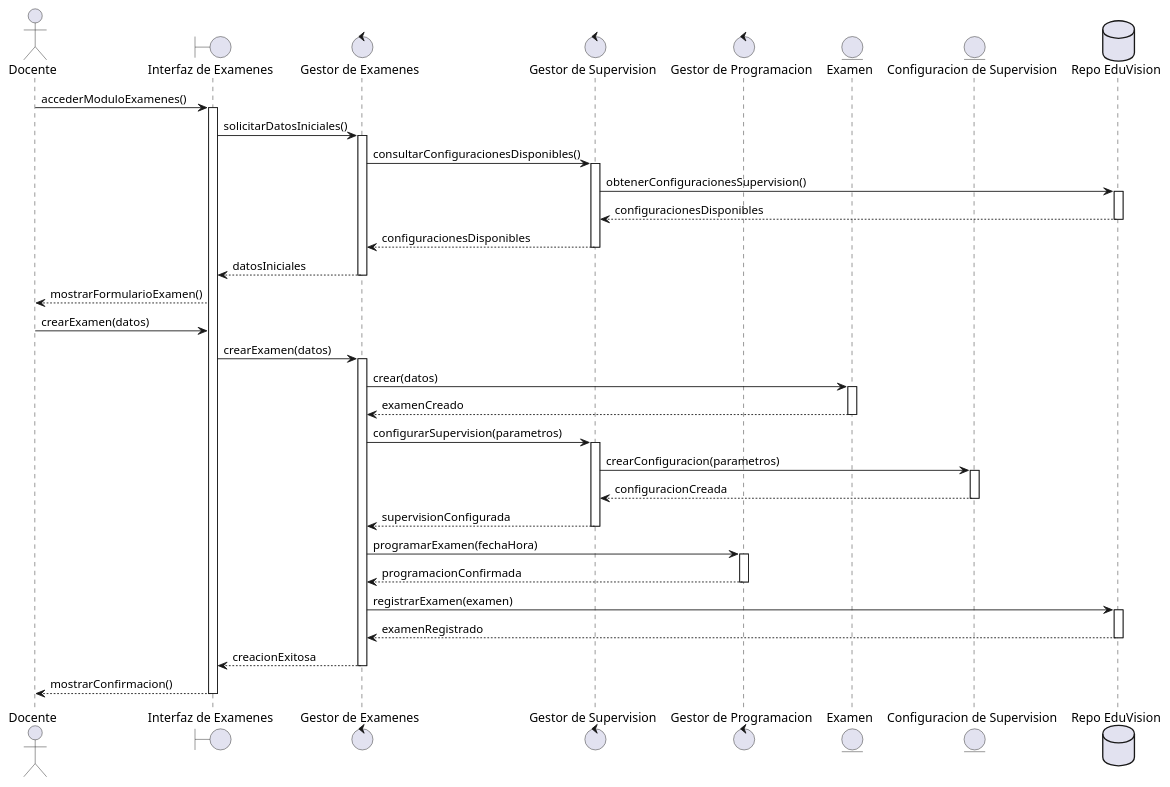
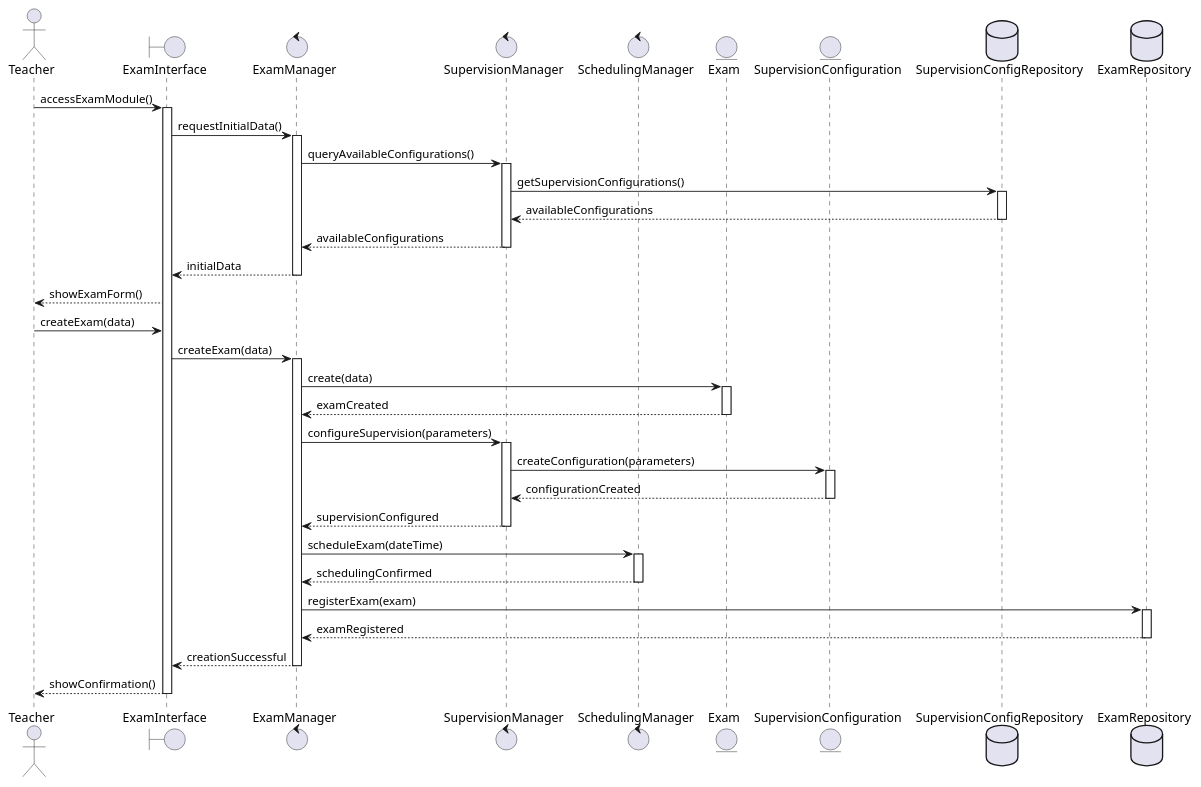
One commit to EduVisions/UML-codes changed the diagram in Diagramas de secuencia/DS2.puml. Above: the diagram before and after it, drawn with PlantUML. The commit also changed 11 other files, not shown here.

Commit message:
correcciones diagramas

```diff
--- a/Diagramas de secuencia/DS2.puml
+++ b/Diagramas de secuencia/DS2.puml
@@ -1,71 +1,72 @@
-@startuml "Crear examen supervisado"
+@startuml "Create Supervised Exam"
 
-actor "Docente" as Docente
-boundary "Interfaz de Examenes" as UI
-control "Gestor de Examenes" as ExamManager
-control "Gestor de Supervision" as SupervisionManager
-control "Gestor de Programacion" as ScheduleManager
-entity "Examen" as Exam
-entity "Configuracion de Supervision" as SupervisionConfig
-database "Repo EduVision" as Database
+actor "Teacher" as Teacher
+boundary "ExamInterface" as UI
+control "ExamManager" as ExamManager
+control "SupervisionManager" as SupervisionManager
+control "SchedulingManager" as ScheduleManager
+entity "Exam" as Exam
+entity "SupervisionConfiguration" as SupervisionConfig
+database "SupervisionConfigRepository" as SupervisionConfigRepository
+database "ExamRepository" as ExamRepository
 
-Docente -> UI : accederModuloExamenes()
+Teacher -> UI : accessExamModule()
 activate UI
 
-UI -> ExamManager : solicitarDatosIniciales()
+UI -> ExamManager : requestInitialData()
 activate ExamManager
 
-ExamManager -> SupervisionManager : consultarConfiguracionesDisponibles()
+ExamManager -> SupervisionManager : queryAvailableConfigurations()
 activate SupervisionManager
 
-SupervisionManager -> Database : obtenerConfiguracionesSupervision()
-activate Database
-Database --> SupervisionManager : configuracionesDisponibles
-deactivate Database
+SupervisionManager -> SupervisionConfigRepository : getSupervisionConfigurations()
+activate SupervisionConfigRepository
+SupervisionConfigRepository --> SupervisionManager : availableConfigurations
+deactivate SupervisionConfigRepository
 
-SupervisionManager --> ExamManager : configuracionesDisponibles
+SupervisionManager --> ExamManager : availableConfigurations
 deactivate SupervisionManager
 
-ExamManager --> UI : datosIniciales
+ExamManager --> UI : initialData
 deactivate ExamManager
 
-UI --> Docente : mostrarFormularioExamen()
+UI --> Teacher : showExamForm()
 
-Docente -> UI : crearExamen(datos)
+Teacher -> UI : createExam(data)
 
-UI -> ExamManager : crearExamen(datos)
+UI -> ExamManager : createExam(data)
 activate ExamManager
 
-ExamManager -> Exam : crear(datos)
+ExamManager -> Exam : create(data)
 activate Exam
-Exam --> ExamManager : examenCreado
+Exam --> ExamManager : examCreated
 deactivate Exam
 
-ExamManager -> SupervisionManager : configurarSupervision(parametros)
+ExamManager -> SupervisionManager : configureSupervision(parameters)
 activate SupervisionManager
 
-SupervisionManager -> SupervisionConfig : crearConfiguracion(parametros)
+SupervisionManager -> SupervisionConfig : createConfiguration(parameters)
 activate SupervisionConfig
-SupervisionConfig --> SupervisionManager : configuracionCreada
+SupervisionConfig --> SupervisionManager : configurationCreated
 deactivate SupervisionConfig
 
-SupervisionManager --> ExamManager : supervisionConfigurada
+SupervisionManager --> ExamManager : supervisionConfigured
 deactivate SupervisionManager
 
-ExamManager -> ScheduleManager : programarExamen(fechaHora)
+ExamManager -> ScheduleManager : scheduleExam(dateTime)
 activate ScheduleManager
-ScheduleManager --> ExamManager : programacionConfirmada
+ScheduleManager --> ExamManager : schedulingConfirmed
 deactivate ScheduleManager
 
-ExamManager -> Database : registrarExamen(examen)
-activate Database
-Database --> ExamManager : examenRegistrado
-deactivate Database
+ExamManager -> ExamRepository : registerExam(exam)
+activate ExamRepository
+ExamRepository --> ExamManager : examRegistered
+deactivate ExamRepository
 
-ExamManager --> UI : creacionExitosa
+ExamManager --> UI : creationSuccessful
 deactivate ExamManager
 
-UI --> Docente : mostrarConfirmacion()
+UI --> Teacher : showConfirmation()
 deactivate UI
 
 @enduml
```
